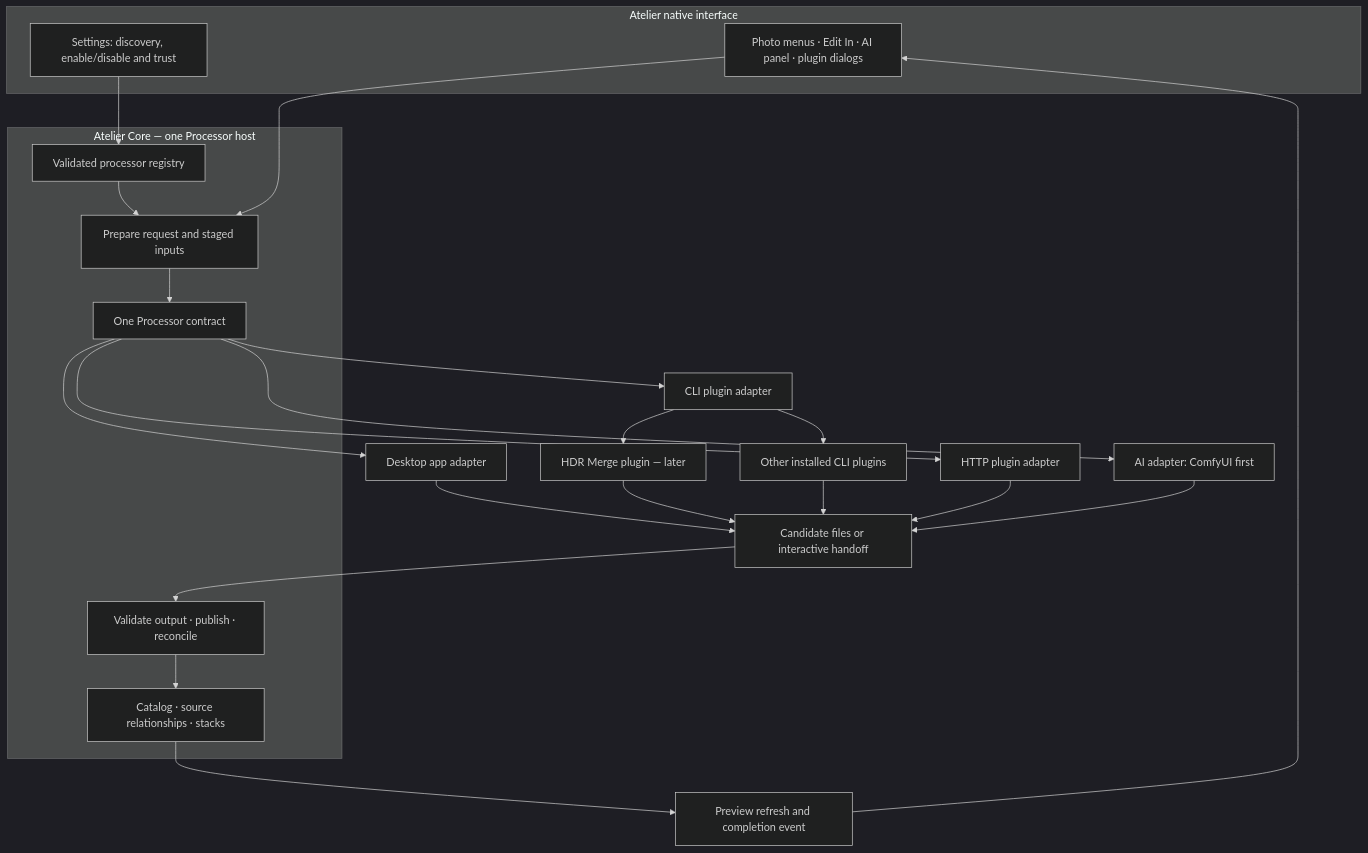
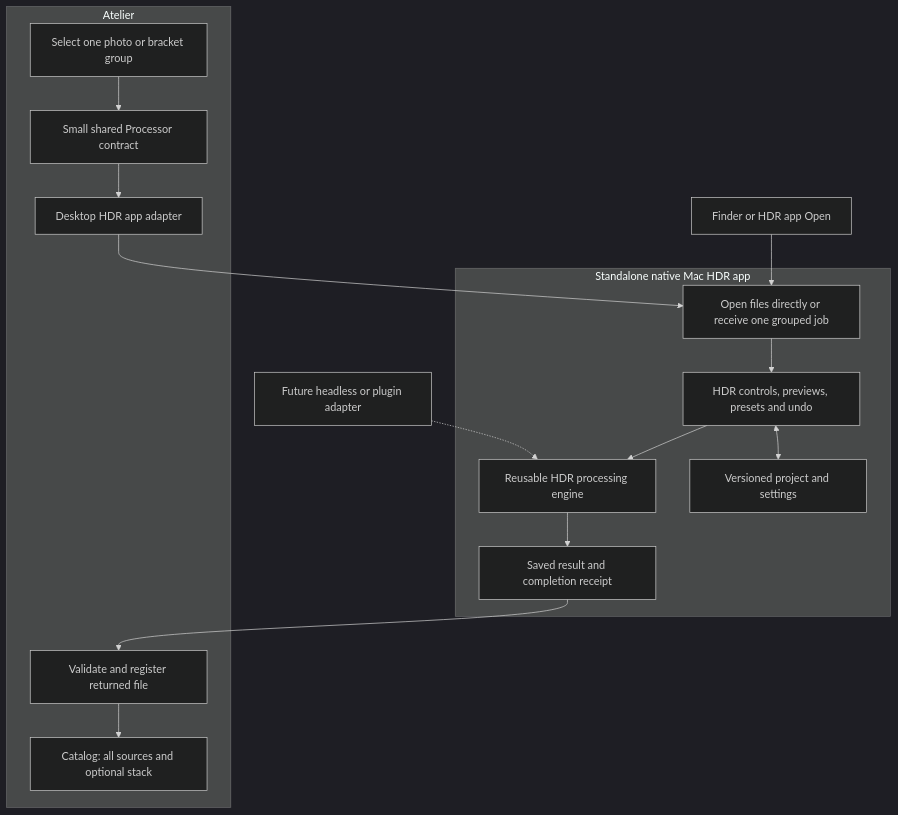
One commit to roshan-davis/atelier changed the first of 3 diagrams in Requirements/Design/AT-021-Processor-Architecture.md. Above: the diagram before and after it, drawn with Mermaid (dark theme). The commit also changed other lines of this file and 2 other files, not shown here.

Commit message:
HDR: prioritize standalone editor and focused Atelier round trip

````diff
--- a/Requirements/Design/AT-021-Processor-Architecture.md
+++ b/Requirements/Design/AT-021-Processor-Architecture.md
@@ -42,33 +30,25 @@
 ```mermaid
 flowchart TB
-    subgraph App[Atelier native interface]
-        UI[Photo menus · Edit In · AI panel · plugin dialogs]
-        Settings[Settings: discovery, enable/disable and trust]
+    subgraph Atelier[Atelier]
+        Select[Select one photo or bracket group]
+        Contract[Small shared Processor contract]
+        Adapter[Desktop HDR app adapter]
+        Register[Validate and register returned file]
+        Catalog[Catalog: all sources and optional stack]
     end
-    subgraph Core[Atelier Core — one Processor host]
-        Registry[Validated processor registry]
-        Host[Prepare request and staged inputs]
-        Contract[One Processor contract]
-        Publish[Validate output · publish · reconcile]
-        Catalog[Catalog · source relationships · stacks]
+    subgraph HDRApp[Standalone native Mac HDR app]
+        Open[Open files directly or receive one grouped job]
+        UI[HDR controls, previews, presets and undo]
+        Engine[Reusable HDR processing engine]
+        Project[Versioned project and settings]
+        Result[Saved result and completion receipt]
     end
-    Settings --> Registry
-    Registry --> Host
-    UI --> Host
-    Host --> Contract
-    Contract --> Desktop[Desktop app adapter]
-    Contract --> CLI[CLI plugin adapter]
-    Contract --> HTTP[HTTP plugin adapter]
-    Contract --> AI[AI adapter: ComfyUI first]
-    CLI --> HDR[HDR Merge plugin — later]
-    CLI --> Other[Other installed CLI plugins]
-    Desktop --> Results[Candidate files or interactive handoff]
-    HDR --> Results
-    Other --> Results
-    HTTP --> Results
-    AI --> Results
-    Results --> Publish
-    Publish --> Catalog
-    Catalog --> Refresh[Preview refresh and completion event]
-    Refresh --> UI
+    Select --> Contract --> Adapter --> Open
+    Direct[Finder or HDR app Open] --> Open
+    Open --> UI
+    UI --> Engine
+    UI <--> Project
+    Engine --> Result
+    Result --> Register --> Catalog
+    Future[Future headless or plugin adapter] -.-> Engine
 ```
````
